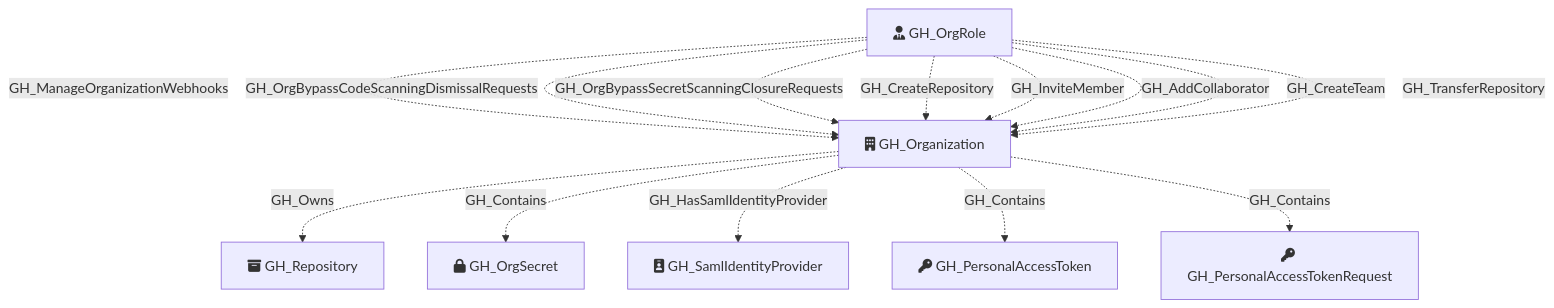
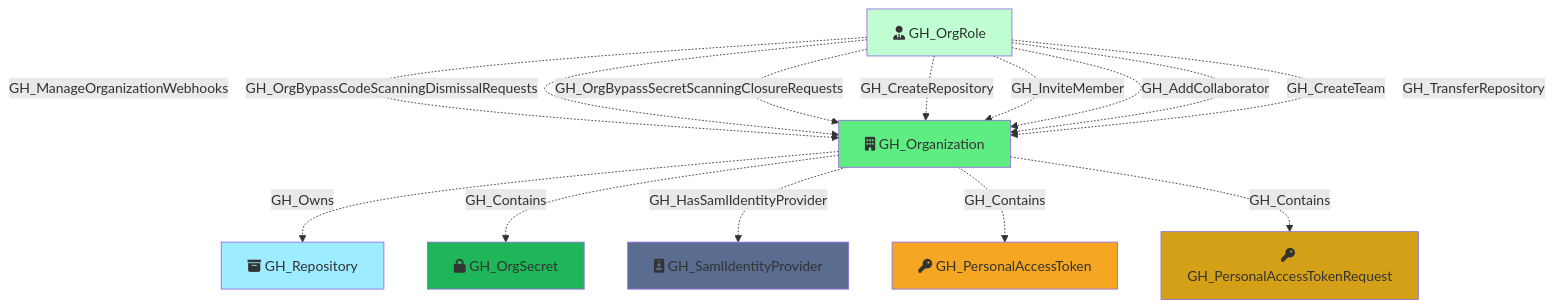
Before and after one commit to SpecterOps/bloodhound-docs: the diagram in docs/opengraph/extensions/githound/reference/nodes/gh_organization.mdx, drawn with Mermaid. The commit also changed other lines of this file and 52 other files, not shown here.

````diff
--- a/docs/opengraph/extensions/githound/reference/nodes/gh_organization.mdx
+++ b/docs/opengraph/extensions/githound/reference/nodes/gh_organization.mdx
@@ -119,27 +155,34 @@
 ```mermaid
 flowchart TD
     GH_Organization[fa:fa-building GH_Organization]
     GH_Repository[fa:fa-box-archive GH_Repository]
     GH_OrgSecret[fa:fa-lock GH_OrgSecret]
     GH_SamlIdentityProvider[fa:fa-id-badge GH_SamlIdentityProvider]
     GH_OrgRole[fa:fa-user-tie GH_OrgRole]
 
+    style GH_Organization fill:#5FED83
+    style GH_Repository fill:#9EECFF
+    style GH_OrgSecret fill:#1FB65A
+    style GH_SamlIdentityProvider fill:#5A6C8F
+    style GH_OrgRole fill:#BFFFD1
 
     GH_Organization -.->|GH_Owns| GH_Repository
     GH_PersonalAccessToken[fa:fa-key GH_PersonalAccessToken]
     GH_PersonalAccessTokenRequest[fa:fa-key GH_PersonalAccessTokenRequest]
 
+    style GH_PersonalAccessToken fill:#F5A623
+    style GH_PersonalAccessTokenRequest fill:#D4A017
 
     GH_Organization -.->|GH_Contains| GH_OrgSecret
     GH_Organization -.->|GH_HasSamlIdentityProvider| GH_SamlIdentityProvider
     GH_Organization -.->|GH_Contains| GH_PersonalAccessToken
     GH_Organization -.->|GH_Contains| GH_PersonalAccessTokenRequest
     GH_OrgRole -.->|GH_ManageOrganizationWebhooks| GH_Organization
     GH_OrgRole -.->|GH_OrgBypassCodeScanningDismissalRequests| GH_Organization
     GH_OrgRole -.->|GH_OrgBypassSecretScanningClosureRequests| GH_Organization
     GH_OrgRole -.->|GH_CreateRepository| GH_Organization
     GH_OrgRole -.->|GH_InviteMember| GH_Organization
     GH_OrgRole -.->|GH_AddCollaborator| GH_Organization
     GH_OrgRole -.->|GH_CreateTeam| GH_Organization
     GH_OrgRole -.->|GH_TransferRepository| GH_Organization
 ```
````
